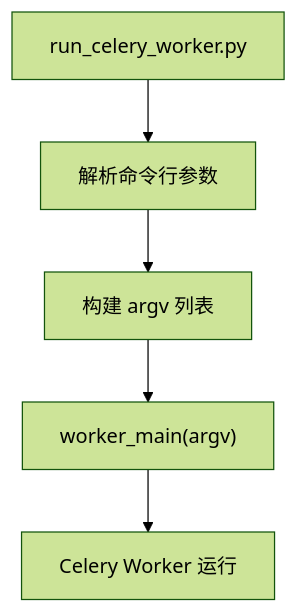
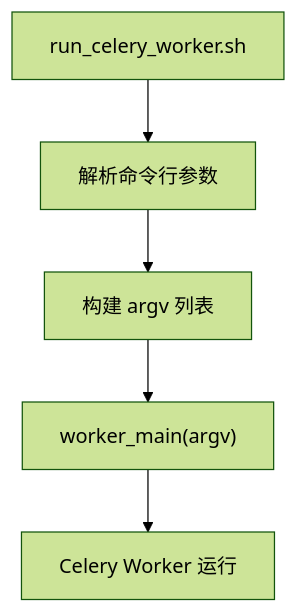
Before and after one commit to lilinzezzzzzz/fastapi-backend: the eighth of 9 diagrams in .qoder/repowiki/zh/content/开发者指南.md, drawn with Mermaid (forest theme). The commit also changed other lines of this file and 38 other files, not shown here.

````diff
--- a/.qoder/repowiki/zh/content/开发者指南.md
+++ b/.qoder/repowiki/zh/content/开发者指南.md
@@ -346,7 +362,7 @@
 ```mermaid
 flowchart TD
-W["run_celery_worker.py"] --> Args["解析命令行参数"]
+W["run_celery_worker.sh"] --> Args["解析命令行参数"]
 Args --> Build["构建 argv 列表"]
 Build --> Exec["worker_main(argv)"]
 Exec --> Celery["Celery Worker 运行"]
 ```
````
